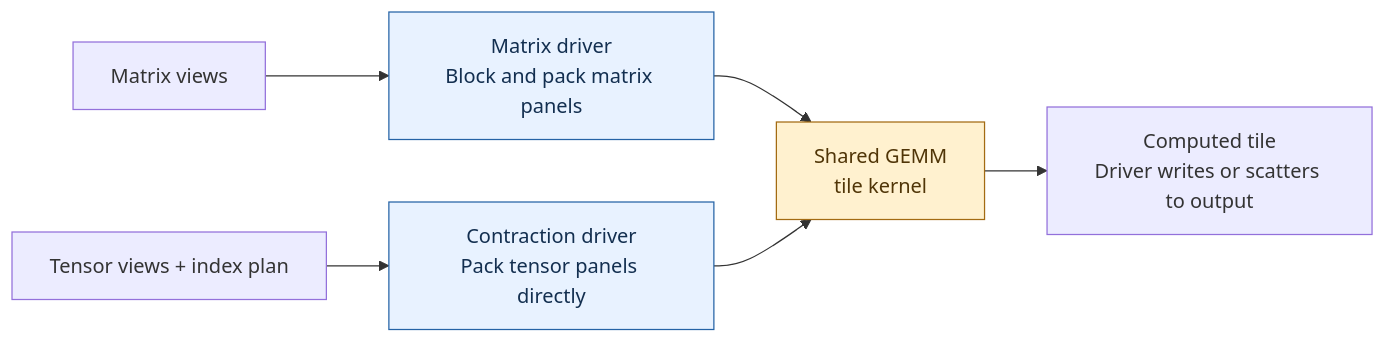
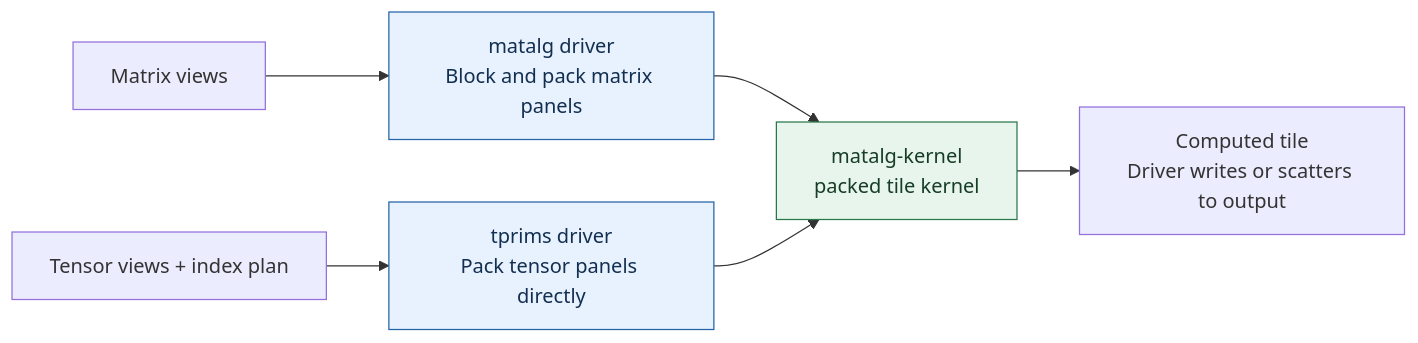
Before and after one commit to shinaoka/tensoralgebra-rs: the second of 4 diagrams in README.md, drawn with Mermaid. The commit also changed other lines of this file and 3 other files, not shown here.

First line of the commit message:
Restructure into strided-rs / matalg-rs / tprims-rs layers

````diff
--- a/README.md
+++ b/README.md
@@ -73,12 +82,12 @@
 ```mermaid
 flowchart LR
-    A["Matrix views"] --> MP["Matrix driver<br/>Block and pack matrix panels"]
-    B["Tensor views + index plan"] --> TP["Contraction driver<br/>Pack tensor panels directly"]
-    MP --> K["Shared GEMM<br/>tile kernel"]
+    A["Matrix views"] --> MP["matalg driver<br/>Block and pack matrix panels"]
+    B["Tensor views + index plan"] --> TP["tprims driver<br/>Pack tensor panels directly"]
+    MP --> K["matalg-kernel<br/>packed tile kernel"]
     TP --> K
     K --> O["Computed tile<br/>Driver writes or scatters to output"]
     classDef driver fill:#e8f2ff,stroke:#2563a6,color:#132f50
-    classDef kernel fill:#fff1cf,stroke:#a36b12,color:#503507
+    classDef kernel fill:#e7f5ec,stroke:#28784c,color:#173d27
     class MP,TP driver
     class K kernel
 ```
````
